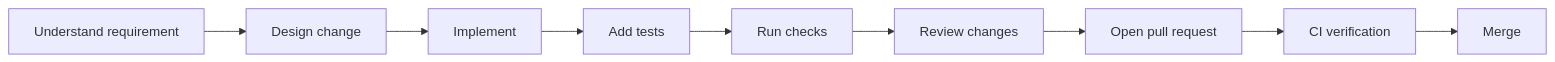
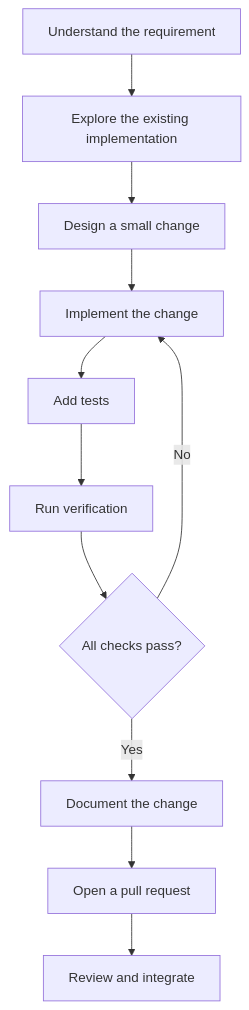
One commit to chamanvashishth/MW-SENSE changed the fifth of 5 diagrams in README.md. Above: the diagram before and after it, drawn with Mermaid. The commit also changed other lines of this file, not shown here.

````diff
--- a/README.md
+++ b/README.md
@@ -448,11 +830,13 @@
 ```mermaid
-flowchart LR
-    A["Understand requirement"] --> B["Design change"]
-    B --> C["Implement"]
-    C --> D["Add tests"]
-    D --> E["Run checks"]
-    E --> F["Review changes"]
-    F --> G["Open pull request"]
-    G --> H["CI verification"]
-    H --> I["Merge"]
+flowchart TD
+    A["Understand the requirement"] --> B["Explore the existing implementation"]
+    B --> C["Design a small change"]
+    C --> D["Implement the change"]
+    D --> E["Add tests"]
+    E --> F["Run verification"]
+    F --> G{"All checks pass?"}
+    G -->|No| D
+    G -->|Yes| H["Document the change"]
+    H --> I["Open a pull request"]
+    I --> J["Review and integrate"]
 ```
````
